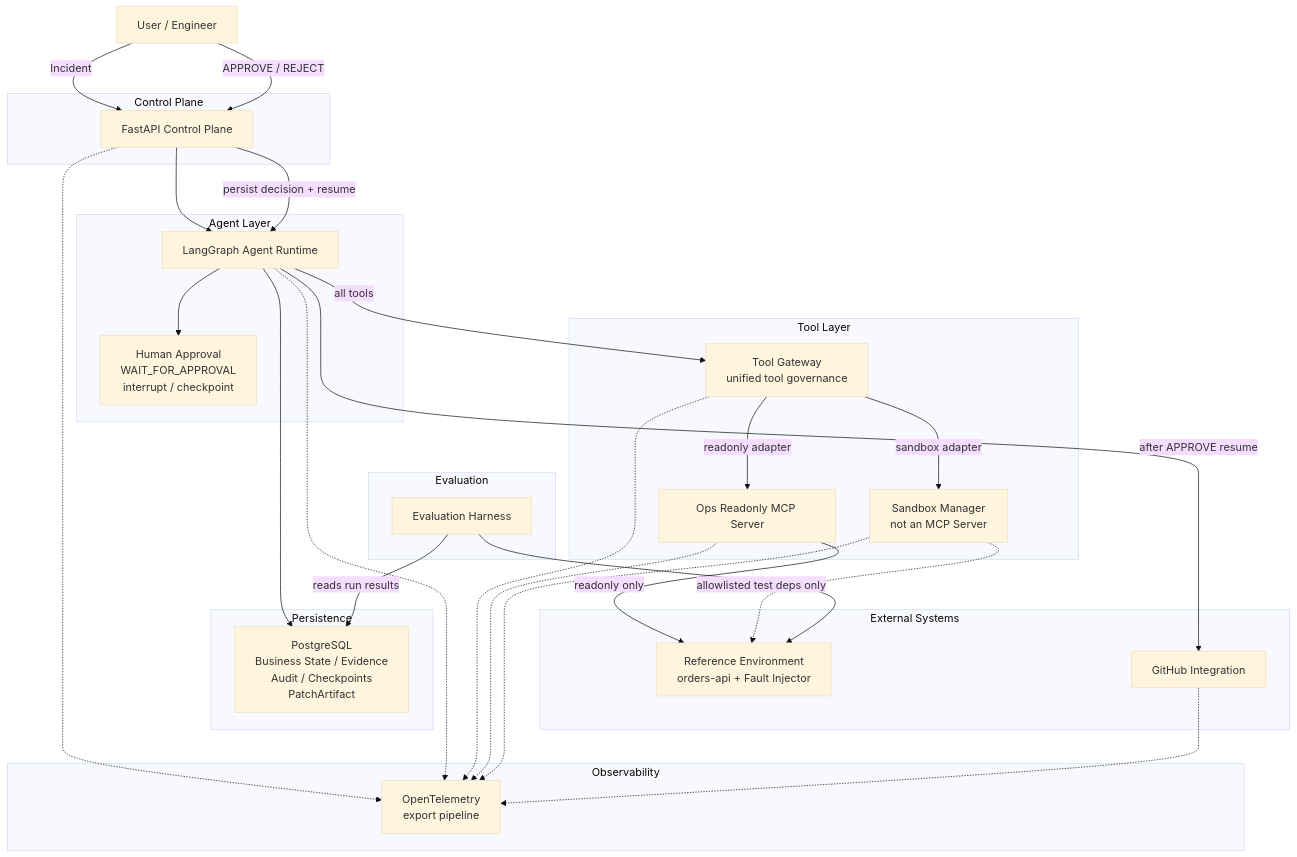
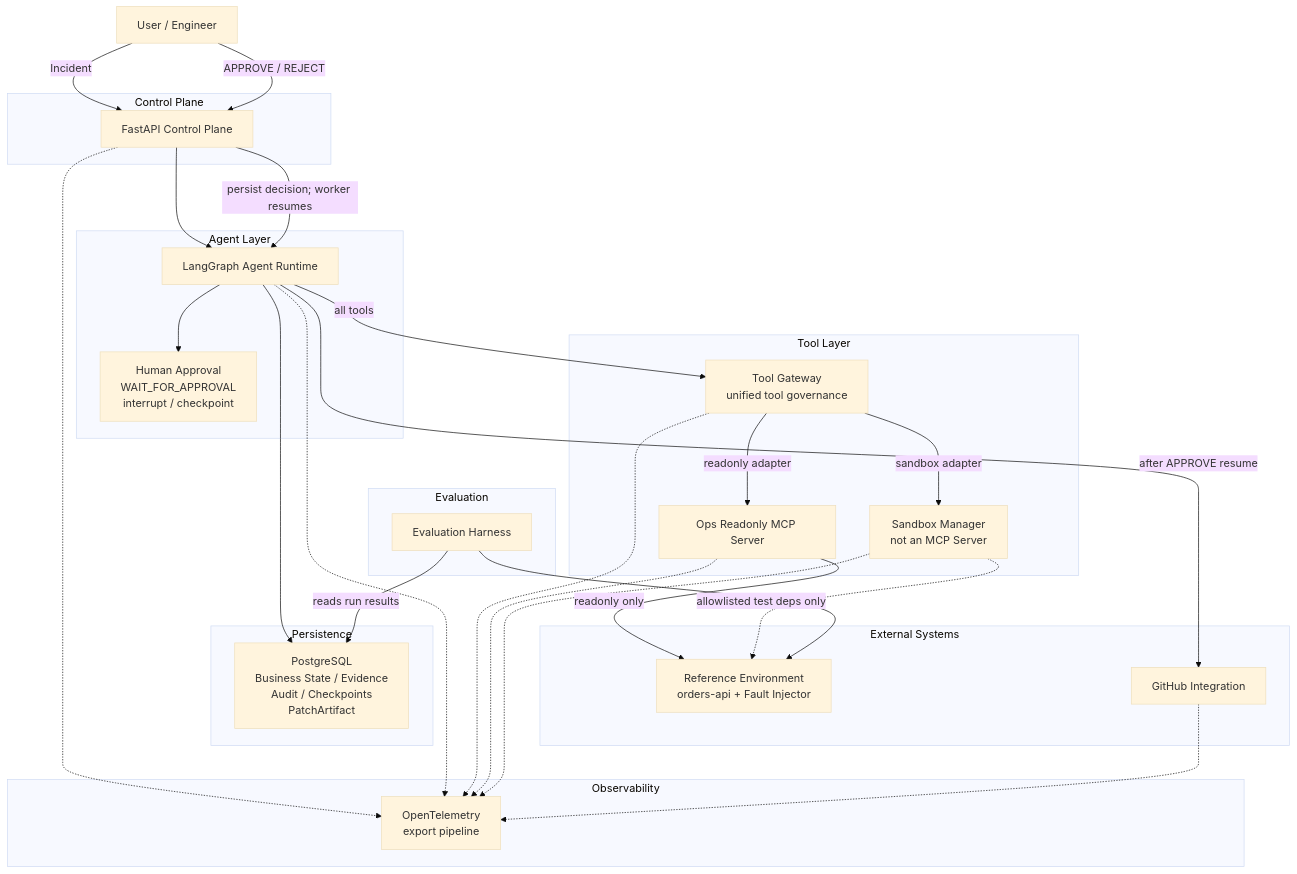
Before and after one commit to super-ZXQ/incidentpilot: the diagram in docs/ARCHITECTURE.md, drawn with Mermaid (base theme). The commit also changed other lines of this file and 17 other files, not shown here.

````diff
--- a/docs/ARCHITECTURE.md
+++ b/docs/ARCHITECTURE.md
@@ -562,57 +572,57 @@
 ```mermaid
 flowchart TB
     User["User / Engineer"]
 
     subgraph ControlPlane["Control Plane"]
         API["FastAPI Control Plane"]
     end
 
     subgraph AgentLayer["Agent Layer"]
         LG["LangGraph Agent Runtime"]
         Approval["Human Approval\nWAIT_FOR_APPROVAL\ninterrupt / checkpoint"]
     end
 
     subgraph DataLayer["Persistence"]
         PG["PostgreSQL\nBusiness State / Evidence\nAudit / Checkpoints\nPatchArtifact"]
     end
 
     subgraph ToolLayer["Tool Layer"]
         GW["Tool Gateway\nunified tool governance"]
         MCP["Ops Readonly MCP Server"]
         SB["Sandbox Manager\nnot an MCP Server"]
     end
 
     subgraph External["External Systems"]
         RE["Reference Environment\norders-api + Fault Injector"]
         GH["GitHub Integration"]
     end
 
     subgraph Observability["Observability"]
         OTel["OpenTelemetry\nexport pipeline"]
     end
 
     subgraph Eval["Evaluation"]
         EH["Evaluation Harness"]
     end
 
     User -->|Incident| API
     API --> LG
     LG --> PG
     LG -->|"all tools"| GW
     GW -->|"readonly adapter"| MCP
     MCP -->|"readonly only"| RE
     GW -->|"sandbox adapter"| SB
     SB -.->|"allowlisted test deps only"| RE
     LG --> Approval
     User -->|APPROVE / REJECT| API
-    API -->|"persist decision + resume"| LG
+    API -->|"persist decision; worker resumes"| LG
     LG -->|"after APPROVE resume"| GH
     API -.-> OTel
     LG -.-> OTel
     GW -.-> OTel
     MCP -.-> OTel
     SB -.-> OTel
     GH -.-> OTel
     EH --> RE
     EH -->|reads run results| PG
 ```
````
